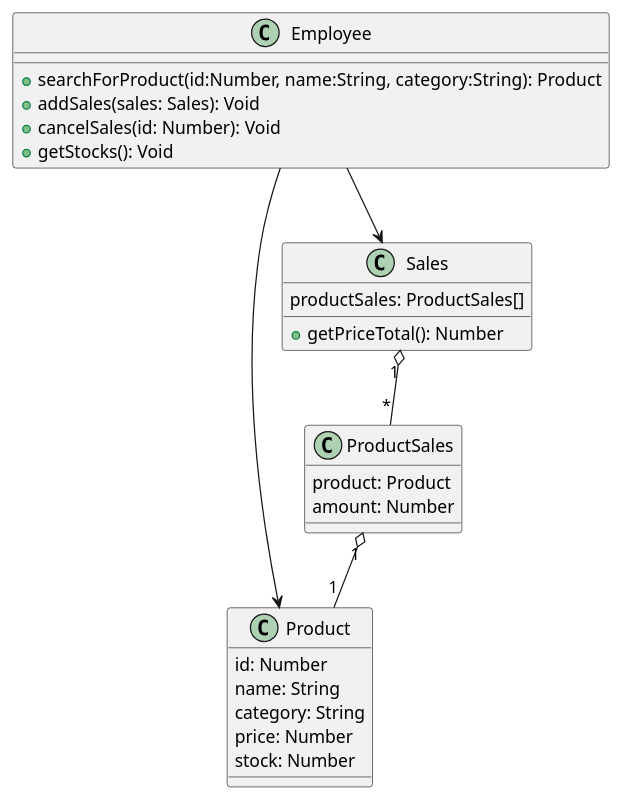
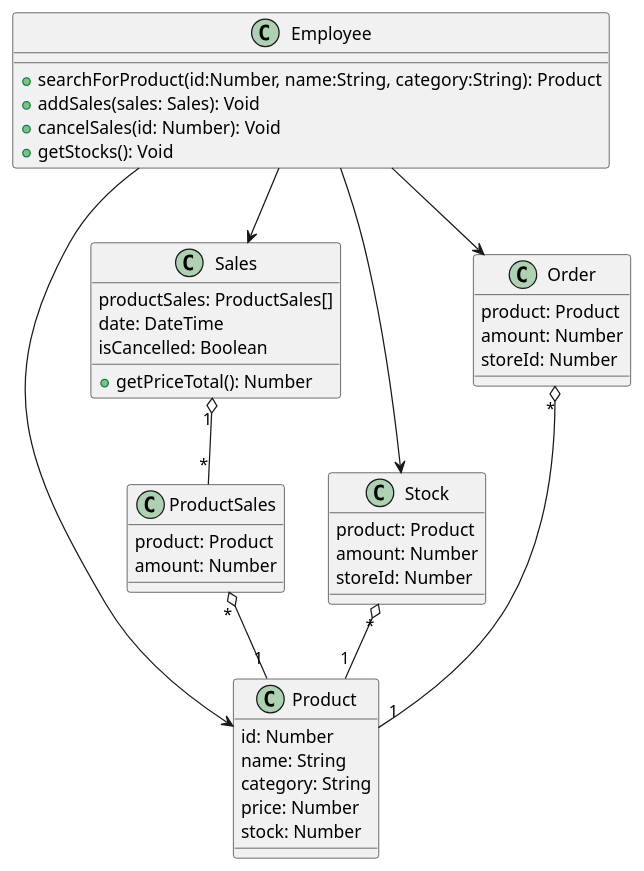
Before and after one commit to ThePhobosDeimosSuite/laboratoire-0_log430: the diagram in docs/UML/class.puml, drawn with PlantUML. The commit also changed 11 other files, not shown here.

Commit message:
update class diagram

```diff
--- a/docs/UML/class.puml
+++ b/docs/UML/class.puml
@@ -1,34 +1,56 @@
 @startuml class
 class Employee {
     + searchForProduct(id:Number, name:String, category:String): Product
     + addSales(sales: Sales): Void
     + cancelSales(id: Number): Void    
     + getStocks(): Void
 }
 
 class Product {
     id: Number
     name: String
     category: String
     price: Number
     stock: Number
 }
 
 class Sales {
     productSales: ProductSales[]
+    date: DateTime
+    isCancelled: Boolean
     + getPriceTotal(): Number
+}
+
+class Stock {
+    product: Product
+    amount: Number
+    storeId: Number
+}
+
+class Order {
+    product: Product
+    amount: Number
+    storeId: Number
 }
 
 class ProductSales {
     product: Product
     amount: Number
 }
 
 Employee --> Sales
 
 Employee --> Product
 
+Employee --> Stock
+
+Employee --> Order
+
 Sales "1" o-- "*" ProductSales
 
-ProductSales "1" o-- "1" Product
+ProductSales "*" o-- "1" Product
+
+Stock "*" o-- "1" Product
+
+Order "*" o-- "1" Product
 @enduml
```
